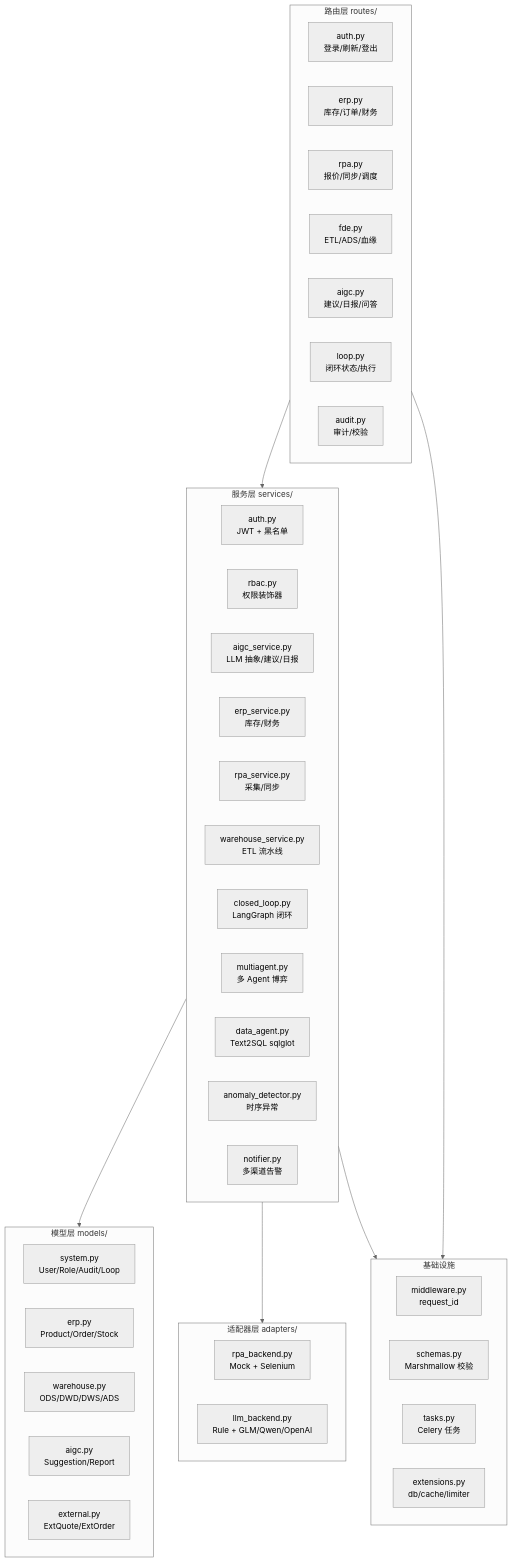
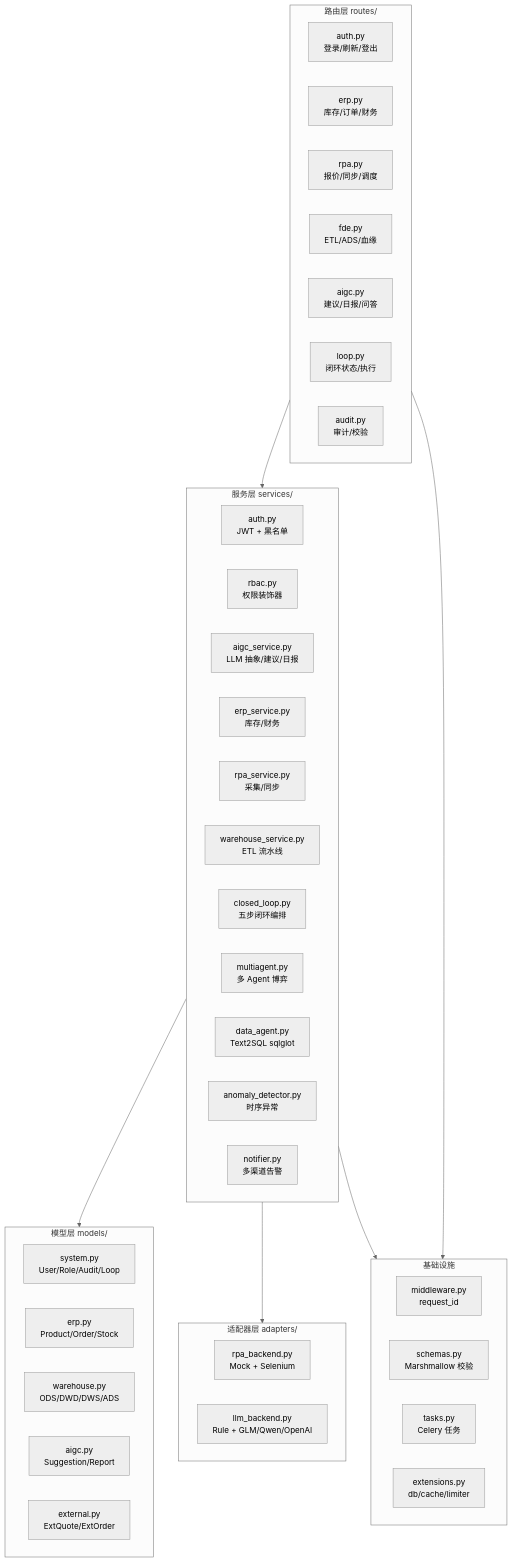
The third of 6 diagrams in docs/architecture.md (cgs123456/intelligent-ops-platform), drawn with Mermaid (neutral theme) before and after one commit. The commit also changed other lines of this file and 61 other files, not shown here.

````diff
--- a/docs/architecture.md
+++ b/docs/architecture.md
@@ -121,52 +121,52 @@
 ```mermaid
 flowchart TB
     subgraph Routes[路由层 routes/]
         AuthRoute[auth.py<br/>登录/刷新/登出]
         ErpRoute[erp.py<br/>库存/订单/财务]
         RpaRoute[rpa.py<br/>报价/同步/调度]
         FdeRoute[fde.py<br/>ETL/ADS/血缘]
         AigcRoute[aigc.py<br/>建议/日报/问答]
         LoopRoute[loop.py<br/>闭环状态/执行]
         AuditRoute[audit.py<br/>审计/校验]
     end
 
     subgraph Services[服务层 services/]
         AuthService[auth.py<br/>JWT + 黑名单]
         RbacService[rbac.py<br/>权限装饰器]
         AigcService[aigc_service.py<br/>LLM 抽象/建议/日报]
         ErpService[erp_service.py<br/>库存/财务]
         RpaService[rpa_service.py<br/>采集/同步]
         WhService[warehouse_service.py<br/>ETL 流水线]
-        ClosedLoop[closed_loop.py<br/>LangGraph 闭环]
+        ClosedLoop[closed_loop.py<br/>五步闭环编排]
         MultiAgent[multiagent.py<br/>多 Agent 博弈]
         DataAgent[data_agent.py<br/>Text2SQL sqlglot]
         Anomaly[anomaly_detector.py<br/>时序异常]
         Notifier[notifier.py<br/>多渠道告警]
     end
 
     subgraph Models[模型层 models/]
         SysModel[system.py<br/>User/Role/Audit/Loop]
         ErpModel[erp.py<br/>Product/Order/Stock]
         WhModel[warehouse.py<br/>ODS/DWD/DWS/ADS]
         AigcModel[aigc.py<br/>Suggestion/Report]
         ExtModel[external.py<br/>ExtQuote/ExtOrder]
     end
 
     subgraph Adapters[适配器层 adapters/]
         RpaAdapter[rpa_backend.py<br/>Mock + Selenium]
         LlmAdapter[llm_backend.py<br/>Rule + GLM/Qwen/OpenAI]
     end
 
     subgraph Infra[基础设施]
         Middleware[middleware.py<br/>request_id]
         Schemas[schemas.py<br/>Marshmallow 校验]
         Tasks[tasks.py<br/>Celery 任务]
         Ext[extensions.py<br/>db/cache/limiter]
     end
 
     Routes --> Services
     Services --> Models
     Services --> Adapters
     Services --> Infra
     Routes --> Infra
 ```
````
